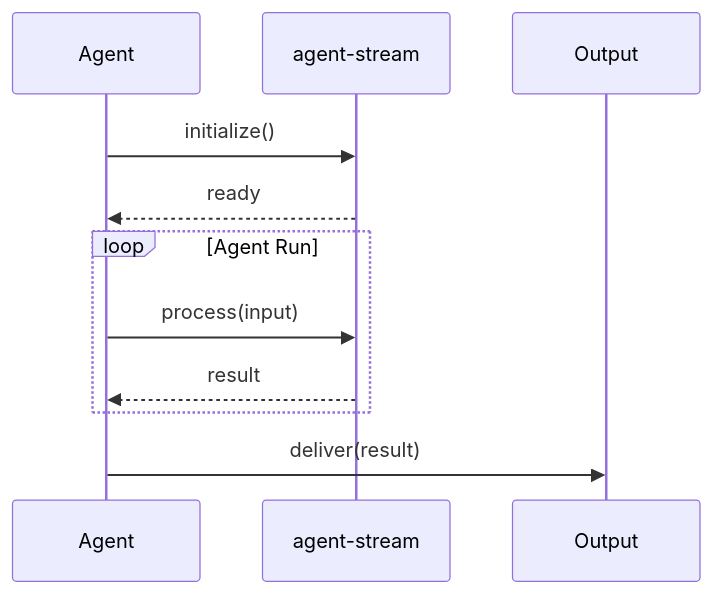
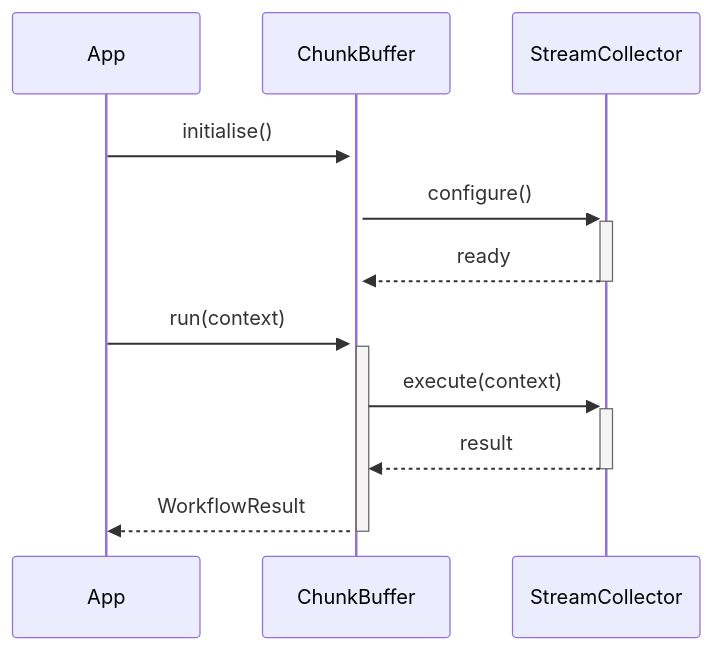
One commit to darshjme/agent-stream changed the second of 2 diagrams in README.md. Above: the diagram before and after it, drawn with Mermaid. The commit also changed other lines of this file and 1 other file, not shown here.

````diff
--- a/README.md
+++ b/README.md
@@ -72,16 +96,14 @@
 ```mermaid
 sequenceDiagram
-    participant Agent
-    participant AgentStream as agent-stream
-    participant Output
+    participant App
+    participant ChunkBuffer
+    participant StreamCollector
 
-    Agent->>AgentStream: initialize()
-    AgentStream-->>Agent: ready
-
-    loop Agent Run
-        Agent->>AgentStream: process(input)
-        AgentStream-->>Agent: result
-    end
-
-    Agent->>Output: deliver(result)
+    App->>+ChunkBuffer: initialise()
+    ChunkBuffer->>+StreamCollector: configure()
+    StreamCollector-->>-ChunkBuffer: ready
+    App->>+ChunkBuffer: run(context)
+    ChunkBuffer->>+StreamCollector: execute(context)
+    StreamCollector-->>-ChunkBuffer: result
+    ChunkBuffer-->>-App: WorkflowResult
 ```
````
